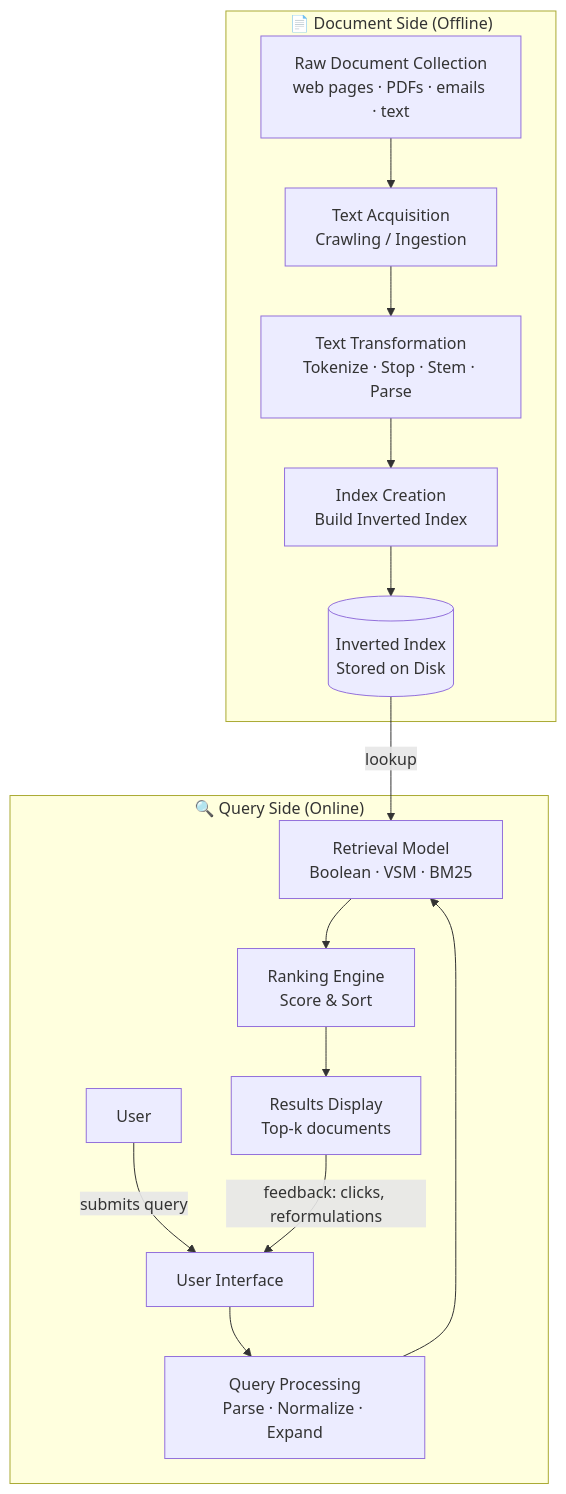
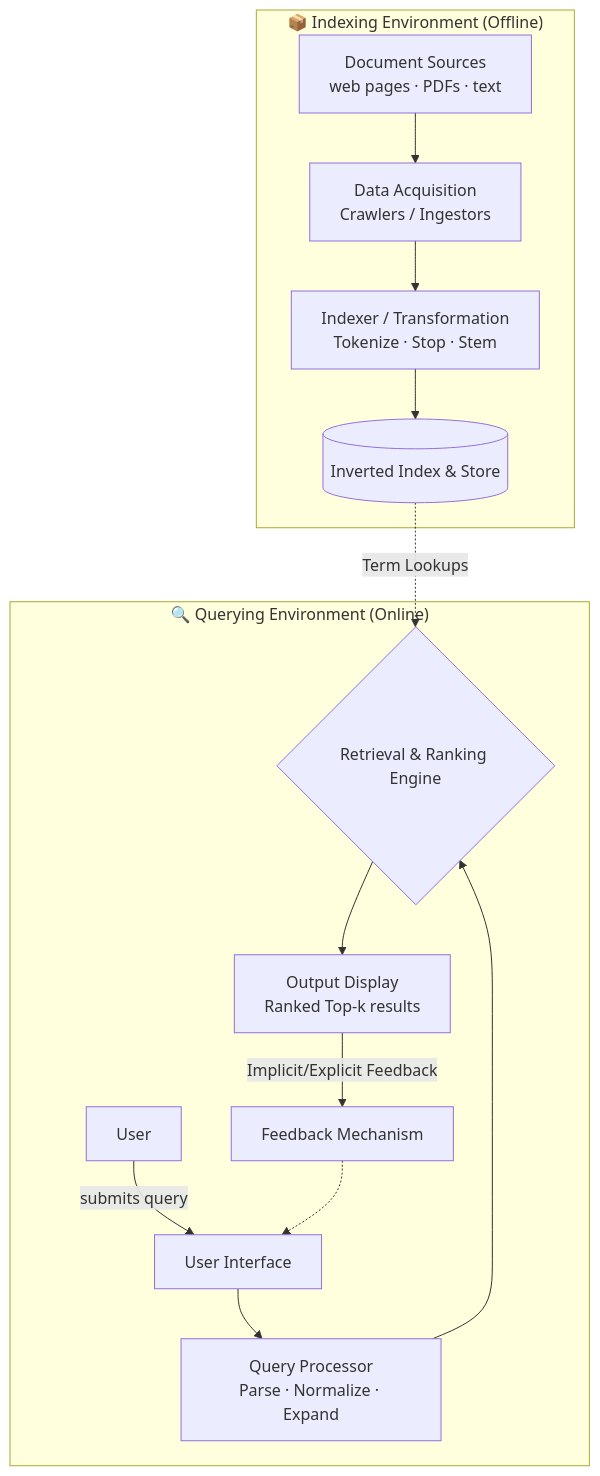
Before and after one commit to bobbyKhandar/Ly: the first of 3 diagrams in IR/Module_1_2_IR_Study_Notes.md, drawn with Mermaid. The commit also changed other lines of this file and 7 other files, not shown here.

````diff
--- a/IR/Module_1_2_IR_Study_Notes.md
+++ b/IR/Module_1_2_IR_Study_Notes.md
@@ -22,19 +37,18 @@
 ```mermaid
 flowchart TD
-    subgraph DOCS ["📄 Document Side (Offline)"]
-        A[Raw Document Collection\nweb pages · PDFs · emails · text] --> B[Text Acquisition\nCrawling / Ingestion]
-        B --> C[Text Transformation\nTokenize · Stop · Stem · Parse]
-        C --> D[Index Creation\nBuild Inverted Index]
-        D --> E[(Inverted Index\nStored on Disk)]
+    subgraph DOCS ["📦 Indexing Environment (Offline)"]
+        A[Document Sources\nweb pages · PDFs · text] --> B[Data Acquisition\nCrawlers / Ingestors]
+        B --> C[Indexer / Transformation\nTokenize · Stop · Stem]
+        C --> D[(Inverted Index & Store)]
     end
 
-    subgraph QUERY ["🔍 Query Side (Online)"]
-        F[User] -->|submits query| G[User Interface]
-        G --> H[Query Processing\nParse · Normalize · Expand]
-        H --> I[Retrieval Model\nBoolean · VSM · BM25]
-        E -->|lookup| I
-        I --> J[Ranking Engine\nScore & Sort]
-        J --> K[Results Display\nTop-k documents]
-        K -->|feedback: clicks, reformulations| G
+    subgraph QUERY ["🔍 Querying Environment (Online)"]
+        E[User] -->|submits query| F[User Interface]
+        F --> G[Query Processor\nParse · Normalize · Expand]
+        G --> H{Retrieval & Ranking Engine}
+        D -.->|Term Lookups| H
+        H --> I[Output Display\nRanked Top-k results]
+        I -->|Implicit/Explicit Feedback| J[Feedback Mechanism]
+        J -.-> F
     end
 ```
````
